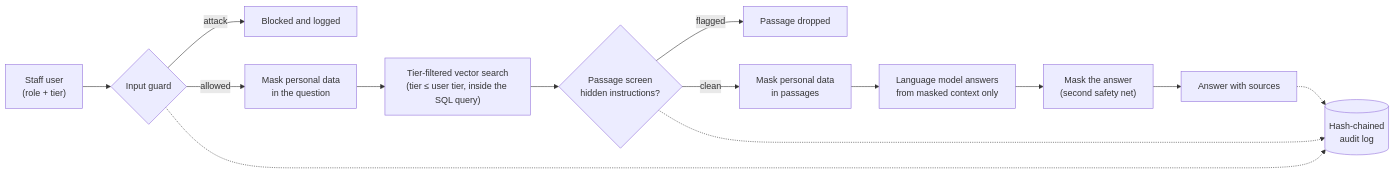
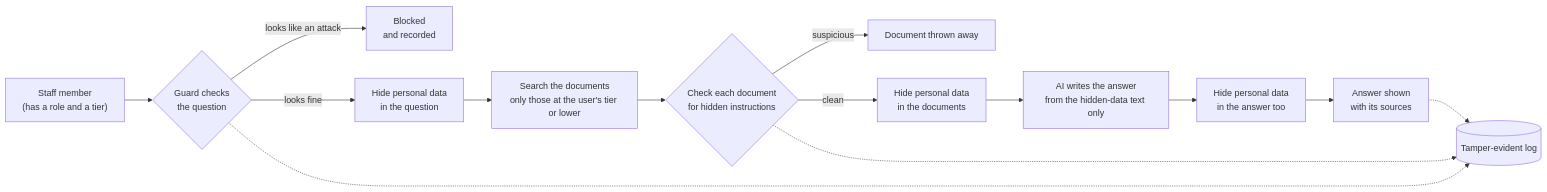
One commit to Abhinav-Deuri/bank-rag-guard changed the diagram in README.md. Above: the diagram before and after it, drawn with Mermaid. The commit also changed other lines of this file, not shown here.

````diff
--- a/README.md
+++ b/README.md
@@ -37,16 +66,16 @@
 ```mermaid
 flowchart LR
-    U["Staff user<br/>(role + tier)"] --> G{"Input guard"}
-    G -- "attack" --> B["Blocked and logged"]
-    G -- "allowed" --> M1["Mask personal data<br/>in the question"]
-    M1 --> R["Tier-filtered vector search<br/>(tier ≤ user tier, inside the SQL query)"]
-    R --> PS{"Passage screen<br/>hidden instructions?"}
-    PS -- "flagged" --> D["Passage dropped"]
-    PS -- "clean" --> M2["Mask personal data<br/>in passages"]
-    M2 --> L["Language model answers<br/>from masked context only"]
-    L --> M3["Mask the answer<br/>(second safety net)"]
-    M3 --> A["Answer with sources"]
-    G -.-> AUD[("Hash-chained<br/>audit log")]
-    PS -.-> AUD
-    A -.-> AUD
+    U["Staff member<br/>(has a role and a tier)"] --> G{"Guard checks<br/>the question"}
+    G -- "looks like an attack" --> B["Blocked<br/>and recorded"]
+    G -- "looks fine" --> M1["Hide personal data<br/>in the question"]
+    M1 --> S["Search the documents<br/>only those at the user's tier or lower"]
+    S --> P{"Check each document<br/>for hidden instructions"}
+    P -- "suspicious" --> D["Document thrown away"]
+    P -- "clean" --> M2["Hide personal data<br/>in the documents"]
+    M2 --> L["AI writes the answer<br/>from the hidden-data text only"]
+    L --> M3["Hide personal data<br/>in the answer too"]
+    M3 --> A["Answer shown<br/>with its sources"]
+    G -.-> LOG[("Tamper-evident log")]
+    P -.-> LOG
+    A -.-> LOG
 ```
````
